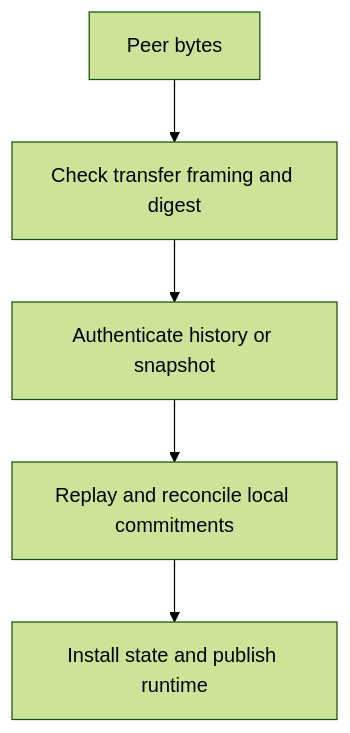
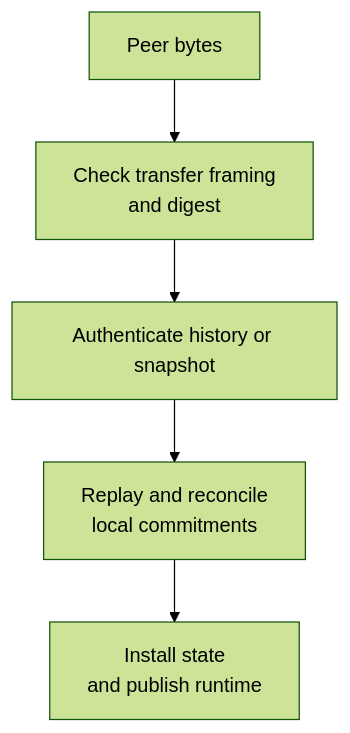
The diagram in docs/protocol/CHECKPOINTS.md (BURST-UBI/protocol), drawn with Mermaid (forest theme) before and after one commit. The commit also changed 19 other files, not shown here.

````diff
--- a/docs/protocol/CHECKPOINTS.md
+++ b/docs/protocol/CHECKPOINTS.md
@@ -193,7 +193,9 @@
 ```mermaid
 flowchart TD
-    A[Peer bytes] --> B[Check transfer framing and digest]
+    accTitle: From peer data to usable state
+    accDescr: Check transfer framing and digest, authenticate history or snapshot, then replay and reconcile local commitments before installing state and publishing the runtime.
+    A[Peer bytes] --> B["Check transfer framing<br/>and digest"]
     B --> C[Authenticate history or snapshot]
-    C --> D[Replay and reconcile local commitments]
-    D --> E[Install state and publish runtime]
+    C --> D["Replay and reconcile<br/>local commitments"]
+    D --> E["Install state<br/>and publish runtime"]
 ```
````
